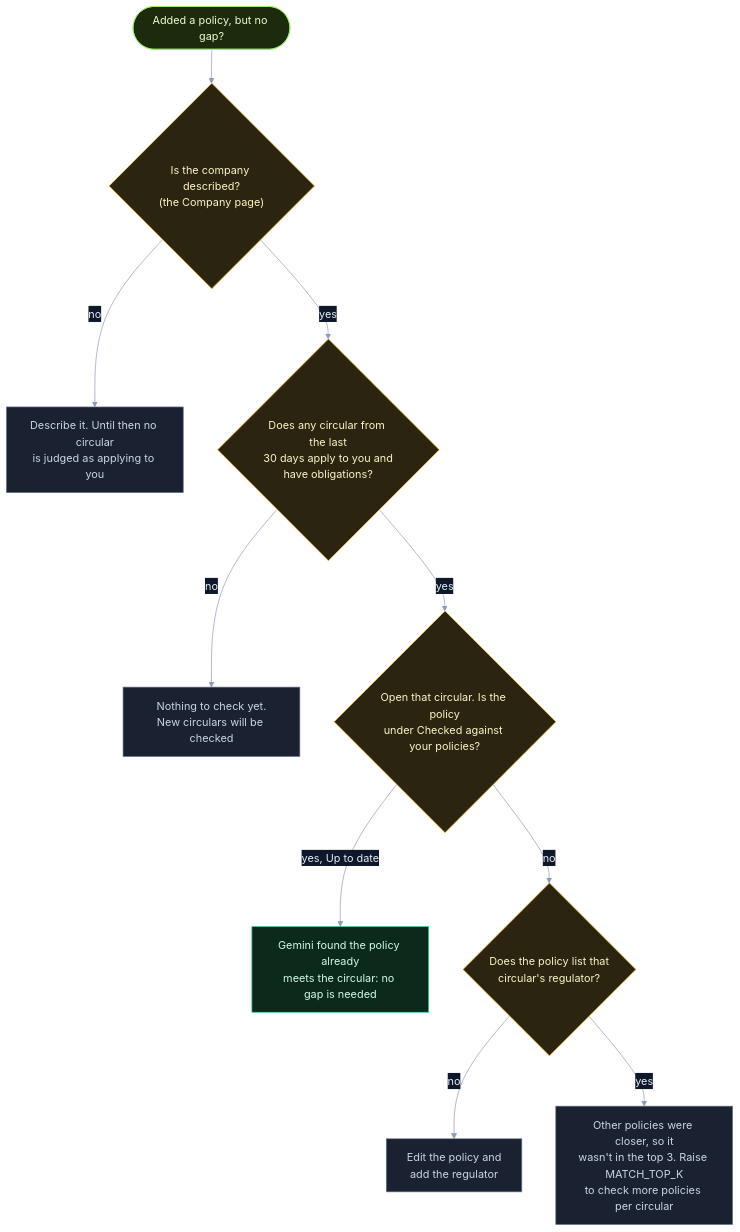
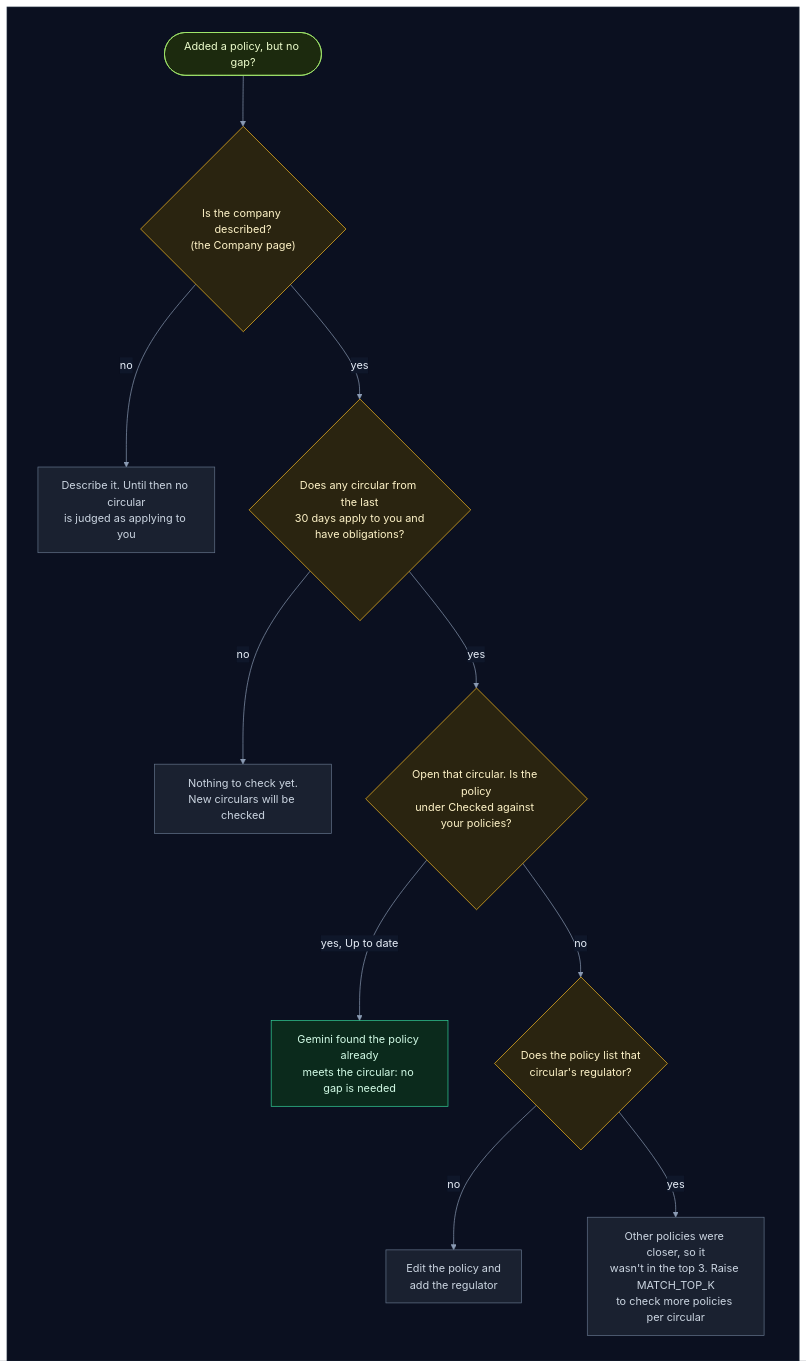
Diagram 14 of 21 in how_it_works.md (selvakumarperumal/Regulatory_Circular_Impact_Agent), drawn with Mermaid before and after one commit. The commit also changed other lines of this file and 1 other file, not shown here.

````diff
--- a/how_it_works.md
+++ b/how_it_works.md
@@ -792,27 +843,31 @@
 ```mermaid
-%%{init: {"theme": "base", "themeVariables": {"darkMode": true, "primaryColor": "#16213a", "primaryTextColor": "#e6edf7", "primaryBorderColor": "#475a7a", "lineColor": "#8b9bb4", "secondaryColor": "#1b2436", "tertiaryColor": "#101a2e", "edgeLabelBackground": "#0f172a", "textColor": "#e2e8f0", "clusterBkg": "#0f1728", "clusterBorder": "#2b3a55", "titleColor": "#c4b5fd", "nodeTextColor": "#e6edf7"}}}%%
+%%{init: {"theme": "base", "flowchart": {"diagramPadding": 0}, "themeVariables": {"darkMode": true, "primaryColor": "#16213a", "primaryTextColor": "#e6edf7", "primaryBorderColor": "#475a7a", "lineColor": "#8b9bb4", "secondaryColor": "#1b2436", "tertiaryColor": "#101a2e", "edgeLabelBackground": "#0f172a", "textColor": "#e2e8f0", "clusterBkg": "#0f1728", "clusterBorder": "#2b3a55", "titleColor": "#c4b5fd", "nodeTextColor": "#e6edf7"}}}%%
 flowchart TD
-    s(["Added a policy, but no gap?"]) --> q1{"Is the company described?<br/>(the Company page)"}
-    q1 -->|no| a1["Describe it. Until then no circular<br/>is judged as applying to you"]
-    q1 -->|yes| q2{"Does any circular from the last<br/>30 days apply to you and<br/>have obligations?"}
-    q2 -->|no| a2["Nothing to check yet.<br/>New circulars will be checked"]
-    q2 -->|yes| q3{"Open that circular. Is the policy<br/>under Checked against your policies?"}
-    q3 -->|"yes, Up to date"| a3["Gemini found the policy already<br/>meets the circular: no gap is needed"]
-    q3 -->|no| q4{"Does the policy list that<br/>circular's regulator?"}
-    q4 -->|no| a4["Edit the policy and<br/>add the regulator"]
-    q4 -->|yes| a5["Other policies were closer, so it<br/>wasn't in the top 3. Raise MATCH_TOP_K<br/>to check more policies per circular"]
+    subgraph canvas[" "]
+        direction TB
+        s(["Added a policy, but no gap?"]) --> q1{"Is the company described?<br/>(the Company page)"}
+        q1 -->|no| a1["Describe it. Until then no circular<br/>is judged as applying to you"]
+        q1 -->|yes| q2{"Does any circular from the last<br/>30 days apply to you and<br/>have obligations?"}
+        q2 -->|no| a2["Nothing to check yet.<br/>New circulars will be checked"]
+        q2 -->|yes| q3{"Open that circular. Is the policy<br/>under Checked against your policies?"}
+        q3 -->|"yes, Up to date"| a3["Gemini found the policy already<br/>meets the circular: no gap is needed"]
+        q3 -->|no| q4{"Does the policy list that<br/>circular's regulator?"}
+        q4 -->|no| a4["Edit the policy and<br/>add the regulator"]
+        q4 -->|yes| a5["Other policies were closer, so it<br/>wasn't in the top 3. Raise MATCH_TOP_K<br/>to check more policies per circular"]
+    end
 
     classDef svc fill:#0e2a2c,stroke:#2dd4bf,color:#ccfbf1
     classDef data fill:#1c1a47,stroke:#818cf8,color:#e0e7ff
     classDef ext fill:#2a1640,stroke:#c084fc,color:#f3e8ff
     classDef gpu fill:#2d1b0c,stroke:#fb923c,color:#ffedd5
     classDef ask fill:#2a2410,stroke:#fbbf24,color:#fef3c7
     classDef ok fill:#0b2a1c,stroke:#34d399,color:#d1fae5
     classDef bad fill:#2e0f17,stroke:#fb7185,color:#ffe4e6
     classDef start fill:#1c2a0e,stroke:#a7ef6f,color:#ecfccb
     classDef muted fill:#1a2130,stroke:#64748b,color:#cbd5e1
     class s start
     class q1,q2,q3,q4 ask
     class a3 ok
     class a1,a2,a4,a5 muted
+    style canvas fill:#0b1020,stroke:#1e293b,color:#0b1020
 ```
````
